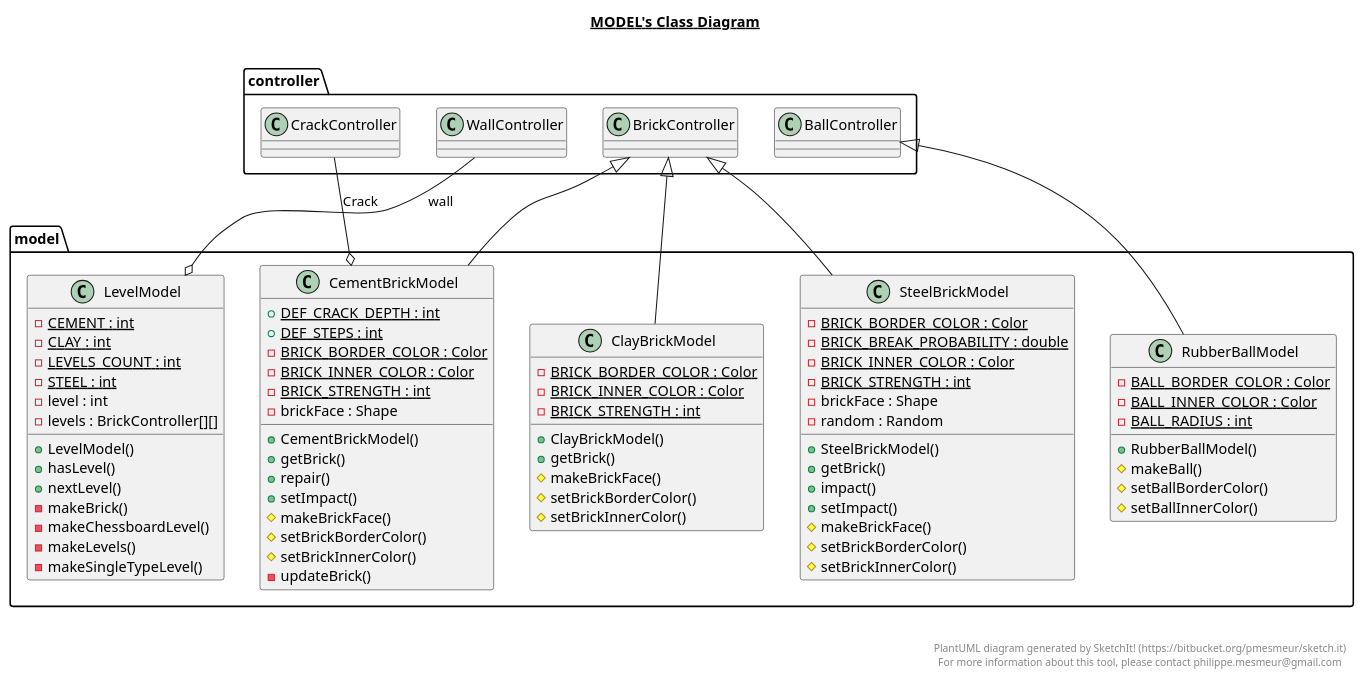
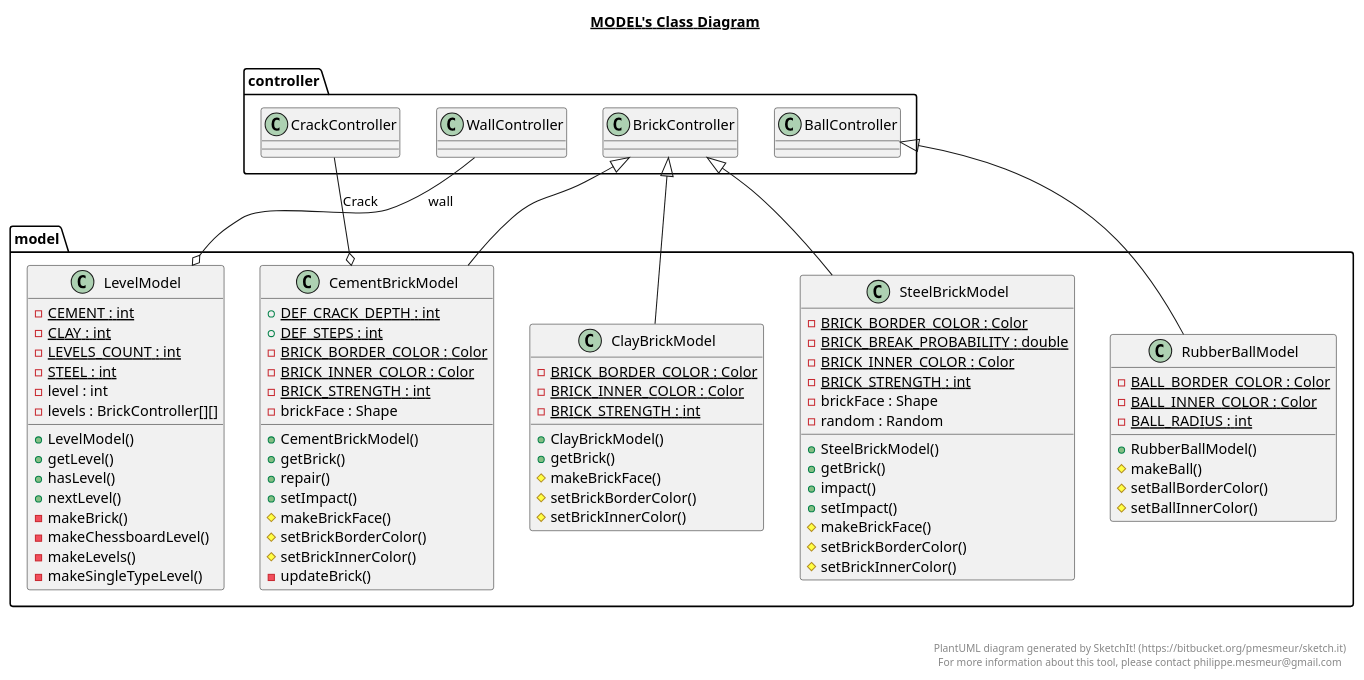
Before and after one commit to githubmehul/COMP2042_CW_hcyms1: the diagram in src/main/java/model/model.plantuml, drawn with PlantUML. The commit also changed 21 other files, not shown here.

```diff
--- a/src/main/java/model/model.plantuml
+++ b/src/main/java/model/model.plantuml
@@ -1,105 +1,106 @@
 @startuml
 
 title __MODEL's Class Diagram__\n
 
   namespace model {
     class model.CementBrickModel {
         {static} + DEF_CRACK_DEPTH : int
         {static} + DEF_STEPS : int
         {static} - BRICK_BORDER_COLOR : Color
         {static} - BRICK_INNER_COLOR : Color
         {static} - BRICK_STRENGTH : int
         - brickFace : Shape
         + CementBrickModel()
         + getBrick()
         + repair()
         + setImpact()
         # makeBrickFace()
         # setBrickBorderColor()
         # setBrickInnerColor()
         - updateBrick()
     }
   }
   
 
   namespace model {
     class model.ClayBrickModel {
         {static} - BRICK_BORDER_COLOR : Color
         {static} - BRICK_INNER_COLOR : Color
         {static} - BRICK_STRENGTH : int
         + ClayBrickModel()
         + getBrick()
         # makeBrickFace()
         # setBrickBorderColor()
         # setBrickInnerColor()
     }
   }
   
 
   namespace model {
     class model.LevelModel {
         {static} - CEMENT : int
         {static} - CLAY : int
         {static} - LEVELS_COUNT : int
         {static} - STEEL : int
         - level : int
         - levels : BrickController[][]
         + LevelModel()
+        + getLevel()
         + hasLevel()
         + nextLevel()
         - makeBrick()
         - makeChessboardLevel()
         - makeLevels()
         - makeSingleTypeLevel()
     }
   }
   
 
   namespace model {
     class model.RubberBallModel {
         {static} - BALL_BORDER_COLOR : Color
         {static} - BALL_INNER_COLOR : Color
         {static} - BALL_RADIUS : int
         + RubberBallModel()
         # makeBall()
         # setBallBorderColor()
         # setBallInnerColor()
     }
   }
   
 
   namespace model {
     class model.SteelBrickModel {
         {static} - BRICK_BORDER_COLOR : Color
         {static} - BRICK_BREAK_PROBABILITY : double
         {static} - BRICK_INNER_COLOR : Color
         {static} - BRICK_STRENGTH : int
         - brickFace : Shape
         - random : Random
         + SteelBrickModel()
         + getBrick()
         + impact()
         + setImpact()
         # makeBrickFace()
         # setBrickBorderColor()
         # setBrickInnerColor()
     }
   }
   
 
   model.CementBrickModel -up-|> controller.BrickController
   model.CementBrickModel o-- controller.CrackController : Crack
   model.ClayBrickModel -up-|> controller.BrickController
   model.LevelModel o-- controller.WallController : wall
   model.RubberBallModel -up-|> controller.BallController
   model.SteelBrickModel -up-|> controller.BrickController
 
 
 right footer
 
 
 PlantUML diagram generated by SketchIt! (https://bitbucket.org/pmesmeur/sketch.it)
 For more information about this tool, please contact philippe.mesmeur@gmail.com
 endfooter
 
 @enduml
```
